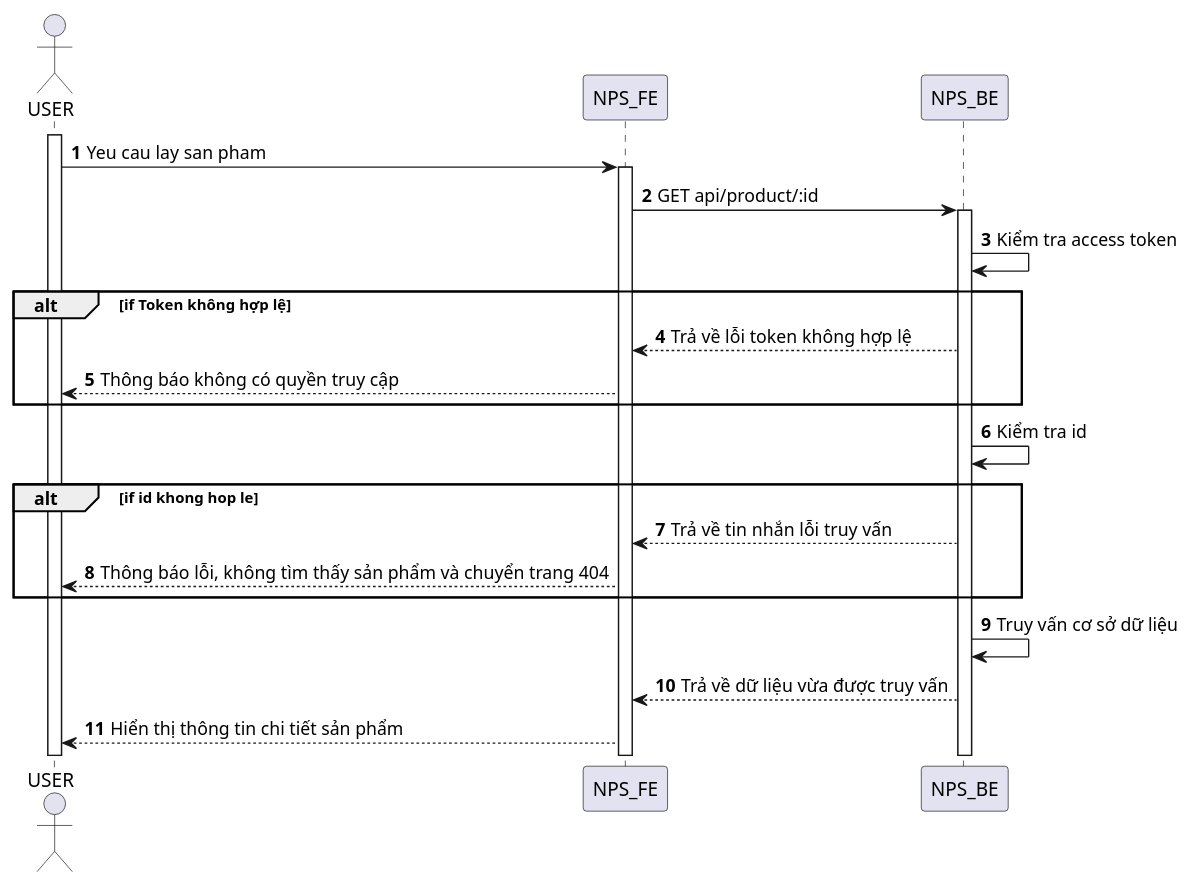
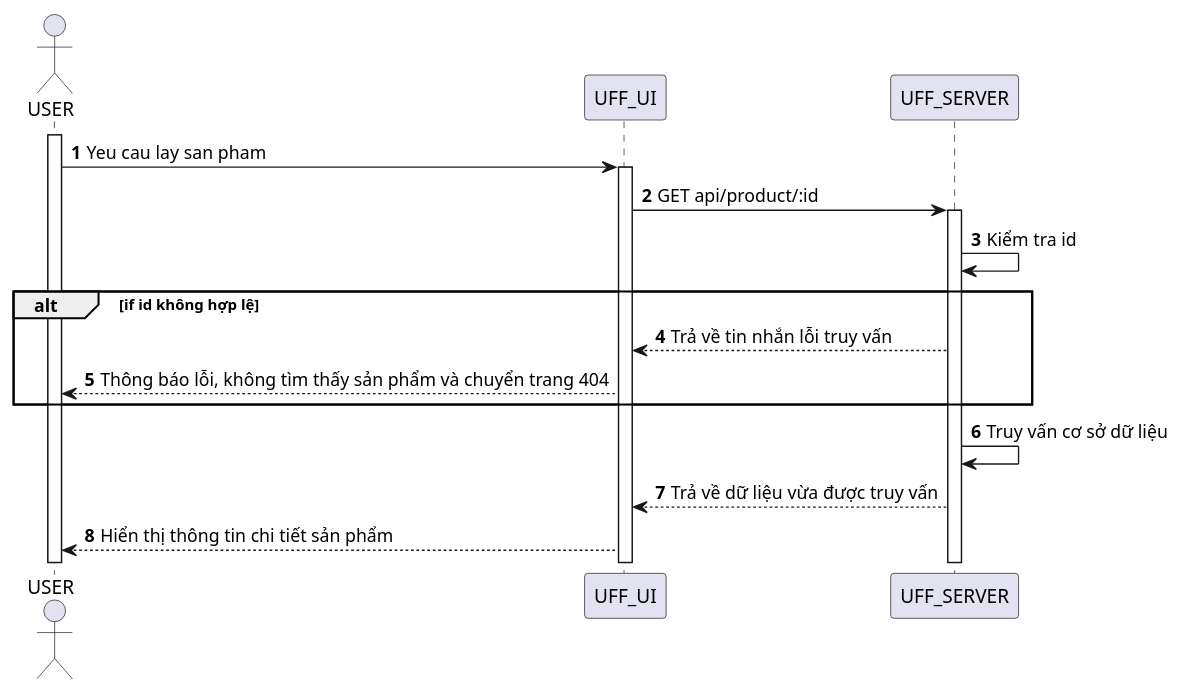
Before and after one commit to congdanh0101/fast-food: the diagram in SequenceDiagram/Product/get-product-detail.puml, drawn with PlantUML. The commit also changed 177 other files, not shown here.

Commit message:
update sequence

```diff
--- a/SequenceDiagram/Product/get-product-detail.puml
+++ b/SequenceDiagram/Product/get-product-detail.puml
@@ -1,30 +1,25 @@
 @startuml
 autonumber
 actor USER
 
 activate USER
 
-USER -> NPS_FE: Yeu cau lay san pham
-activate NPS_FE
+USER -> UFF_UI: Yeu cau lay san pham
+activate UFF_UI
 
-NPS_FE -> NPS_BE: GET api/product/:id
-activate NPS_BE
-NPS_BE -> NPS_BE: Kiểm tra access token
+UFF_UI -> UFF_SERVER: GET api/product/:id
+activate UFF_SERVER
 
-alt if Token không hợp lệ
-NPS_BE --> NPS_FE: Trả về lỗi token không hợp lệ
-NPS_FE --> USER: Thông báo không có quyền truy cập
+
+UFF_SERVER -> UFF_SERVER: Kiểm tra id
+
+alt if id không hợp lệ
+UFF_SERVER --> UFF_UI: Trả về tin nhắn lỗi truy vấn
+UFF_UI --> USER: Thông báo lỗi, không tìm thấy sản phẩm và chuyển trang 404
 end
 
-NPS_BE -> NPS_BE: Kiểm tra id
-
-alt if id khong hop le
-NPS_BE --> NPS_FE: Trả về tin nhắn lỗi truy vấn
-NPS_FE --> USER: Thông báo lỗi, không tìm thấy sản phẩm và chuyển trang 404
-end
-
-NPS_BE->NPS_BE: Truy vấn cơ sở dữ liệu
-NPS_BE --> NPS_FE: Trả về dữ liệu vừa được truy vấn
-NPS_FE --> USER: Hiển thị thông tin chi tiết sản phẩm
+UFF_SERVER->UFF_SERVER: Truy vấn cơ sở dữ liệu
+UFF_SERVER --> UFF_UI: Trả về dữ liệu vừa được truy vấn
+UFF_UI --> USER: Hiển thị thông tin chi tiết sản phẩm
 
 @enduml
```
